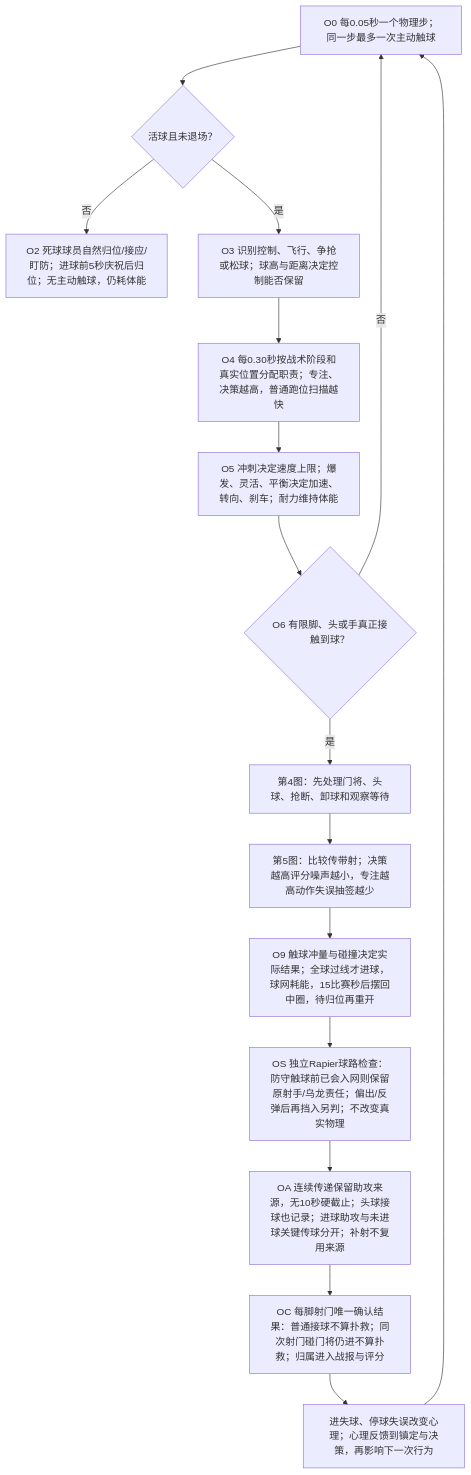
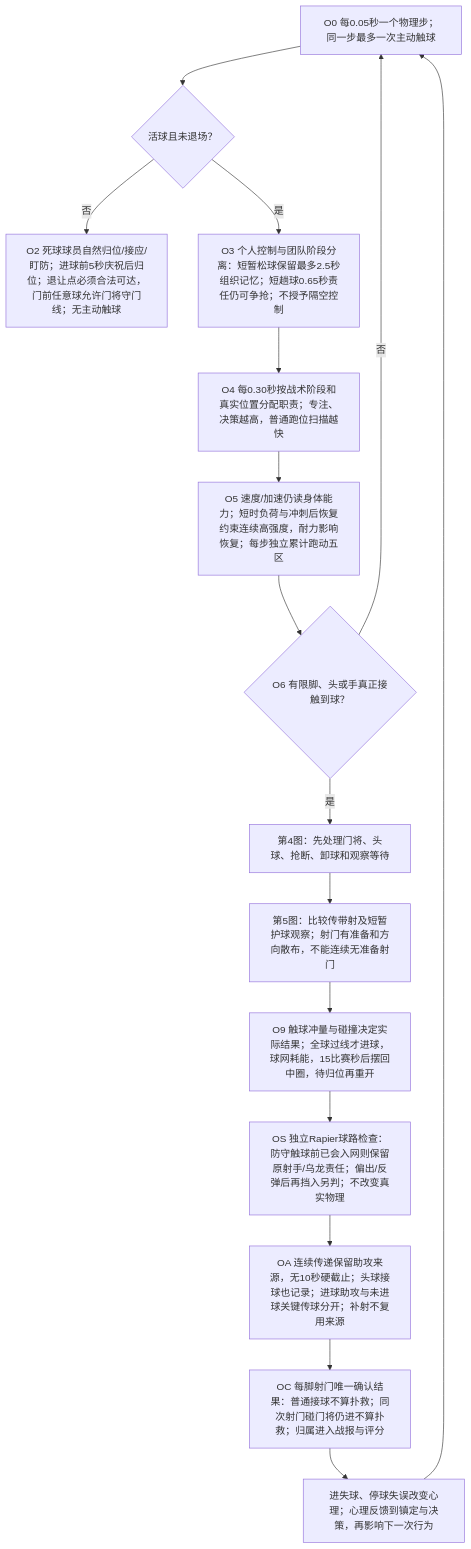
The first of 7 diagrams in packages/shared/modules/matches/design/PLAYER_DECISION_MAP.md (sixu3575/touchline-manager), drawn with Mermaid before and after one commit. The commit also changed other lines of this file and 39 other files, not shown here.

````diff
--- a/packages/shared/modules/matches/design/PLAYER_DECISION_MAP.md
+++ b/packages/shared/modules/matches/design/PLAYER_DECISION_MAP.md
@@ -27,18 +27,18 @@
 ```mermaid
 flowchart TD
   O0["O0 每0.05秒一个物理步；同一步最多一次主动触球"] --> O1{"活球且未退场？"}
-  O1 -->|否| O2["O2 死球球员自然归位/接应/盯防；进球前5秒庆祝后归位；无主动触球，仍耗体能"]
-  O1 -->|是| O3["O3 识别控制、飞行、争抢或松球；球高与距离决定控制能否保留"]
+  O1 -->|否| O2["O2 死球球员自然归位/接应/盯防；进球前5秒庆祝后归位；退让点必须合法可达，门前任意球允许门将守门线；无主动触球"]
+  O1 -->|是| O3["O3 个人控制与团队阶段分离：短暂松球保留最多2.5秒组织记忆；短趟球0.65秒责任仍可争抢；不授予隔空控制"]
   O3 --> O4["O4 每0.30秒按战术阶段和真实位置分配职责；专注、决策越高，普通跑位扫描越快"]
-  O4 --> O5["O5 冲刺决定速度上限；爆发、灵活、平衡决定加速、转向、刹车；耐力维持体能"]
+  O4 --> O5["O5 速度/加速仍读身体能力；短时负荷与冲刺后恢复约束连续高强度，耐力影响恢复；每步独立累计跑动五区"]
   O5 --> O6{"O6 有限脚、头或手真正接触到球？"}
   O6 -->|否| O0
   O6 -->|是| O7["第4图：先处理门将、头球、抢断、卸球和观察等待"]
-  O7 --> O8["第5图：比较传带射；决策越高评分噪声越小，专注越高动作失误抽签越少"]
+  O7 --> O8["第5图：比较传带射及短暂护球观察；射门有准备和方向散布，不能连续无准备射门"]
   O8 --> O9["O9 触球冲量与碰撞决定实际结果；全球过线才进球，球网耗能，15比赛秒后摆回中圈，待归位再重开"]
   O9 --> OS["OS 独立Rapier球路检查：防守触球前已会入网则保留原射手/乌龙责任；偏出/反弹后再挡入另判；不改变真实物理"]
   OS --> OA["OA 连续传递保留助攻来源，无10秒硬截止；头球接球也记录；进球助攻与未进球关键传球分开；补射不复用来源"]
   OA --> OC["OC 每脚射门唯一确认结果：普通接球不算扑救；同次射门碰门将仍进不算扑救；归属进入战报与评分"]
   OC --> O10["进失球、停球失误改变心理；心理反馈到镇定与决策，再影响下一次行为"]
   O10 --> O0
 ```
````
